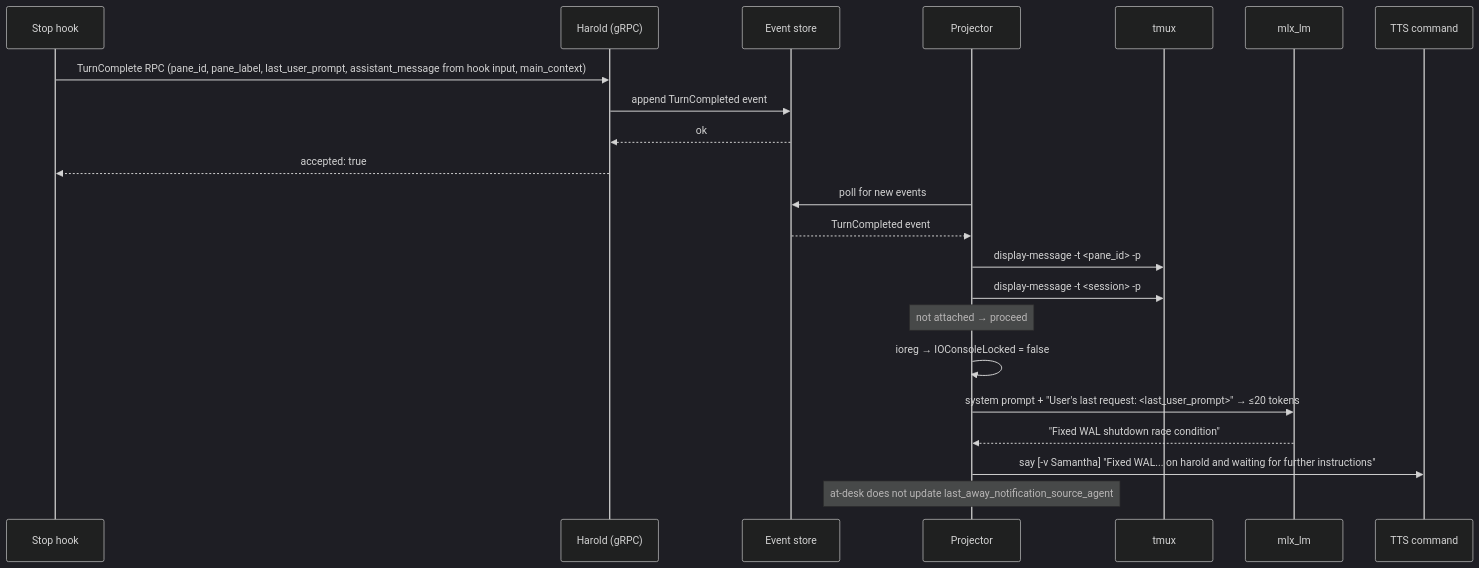
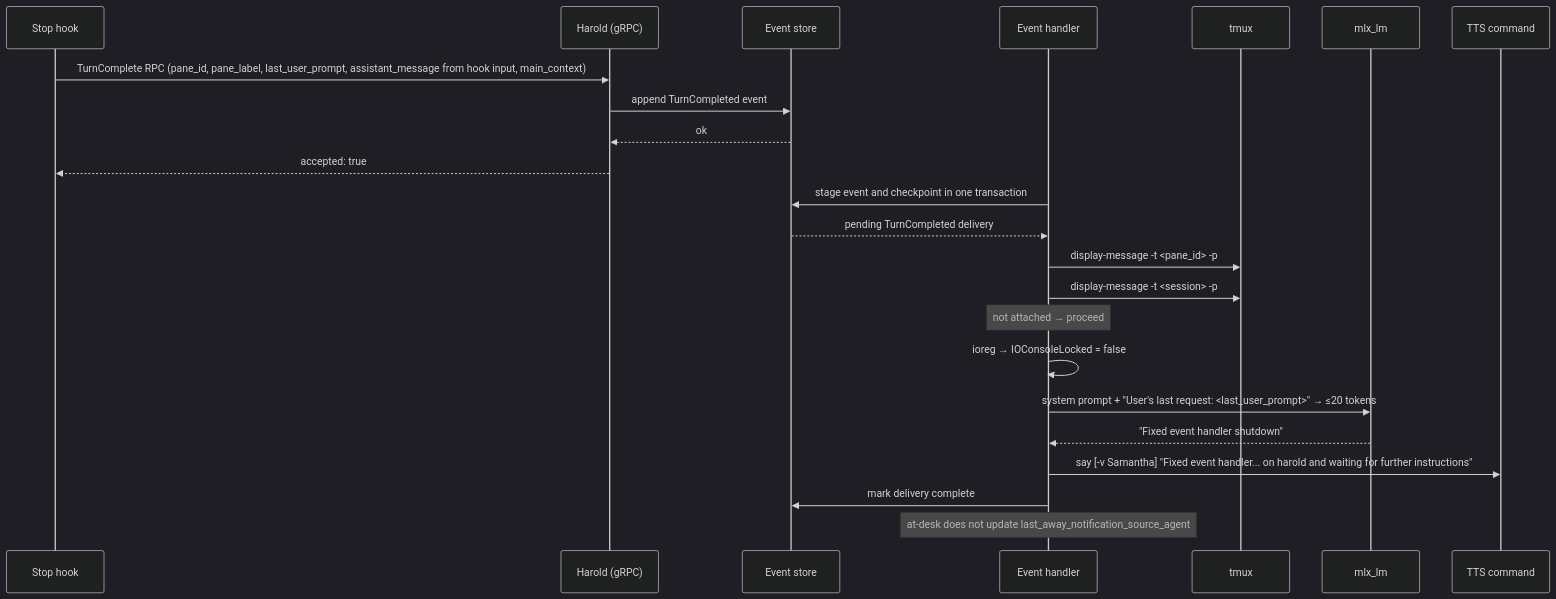
The first of 2 diagrams in docs/references/notification/README.md (kahgeh/harold), drawn with Mermaid (dark theme) before and after one commit. The commit also changed other lines of this file and 33 other files, not shown here.

````diff
--- a/docs/references/notification/README.md
+++ b/docs/references/notification/README.md
@@ -106,26 +106,27 @@
 ```mermaid
 sequenceDiagram
     participant Hook as Stop hook
     participant gRPC as Harold (gRPC)
     participant Store as Event store
-    participant Projector
+    participant Handler as Event handler
     participant Tmux as tmux
     participant LocalModel as mlx_lm
     participant TTS as TTS command
 
     Hook->>gRPC: TurnComplete RPC (pane_id, pane_label, last_user_prompt, assistant_message from hook input, main_context)
     gRPC->>Store: append TurnCompleted event
     Store-->>gRPC: ok
     gRPC-->>Hook: accepted: true
 
-    Projector->>Store: poll for new events
-    Store-->>Projector: TurnCompleted event
-    Projector->>Tmux: display-message -t <pane_id> -p #{session_name} → session
-    Projector->>Tmux: display-message -t <session> -p #{session_attached} → attached?
-    note over Projector: not attached → proceed
-    Projector->>Projector: ioreg → IOConsoleLocked = false
-    Projector->>LocalModel: system prompt + "User's last request: <last_user_prompt>" → ≤20 tokens
-    LocalModel-->>Projector: "Fixed WAL shutdown race condition"
-    Projector->>TTS: say [-v Samantha] "Fixed WAL... on harold and waiting for further instructions"
-    note over Projector: at-desk does not update last_away_notification_source_agent
+    Handler->>Store: stage event and checkpoint in one transaction
+    Store-->>Handler: pending TurnCompleted delivery
+    Handler->>Tmux: display-message -t <pane_id> -p #{session_name} → session
+    Handler->>Tmux: display-message -t <session> -p #{session_attached} → attached?
+    note over Handler: not attached → proceed
+    Handler->>Handler: ioreg → IOConsoleLocked = false
+    Handler->>LocalModel: system prompt + "User's last request: <last_user_prompt>" → ≤20 tokens
+    LocalModel-->>Handler: "Fixed event handler shutdown"
+    Handler->>TTS: say [-v Samantha] "Fixed event handler... on harold and waiting for further instructions"
+    Handler->>Store: mark delivery complete
+    note over Handler: at-desk does not update last_away_notification_source_agent
 ```
````
